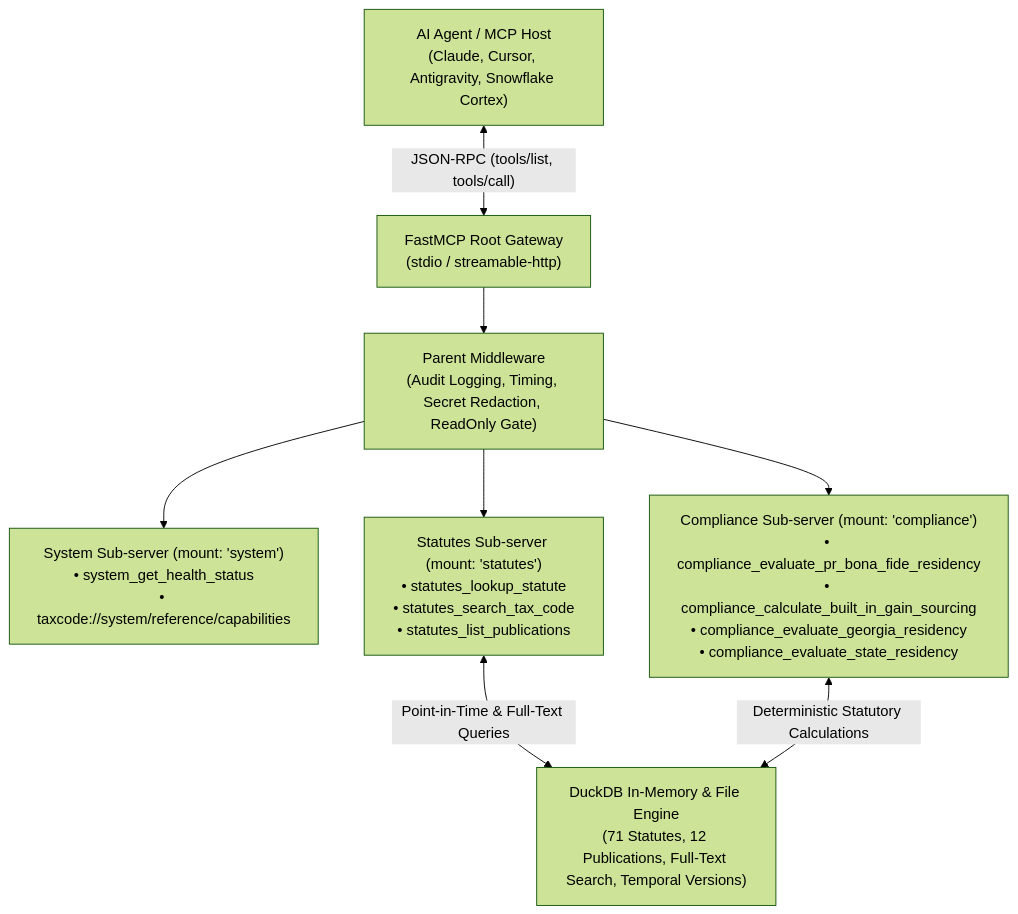
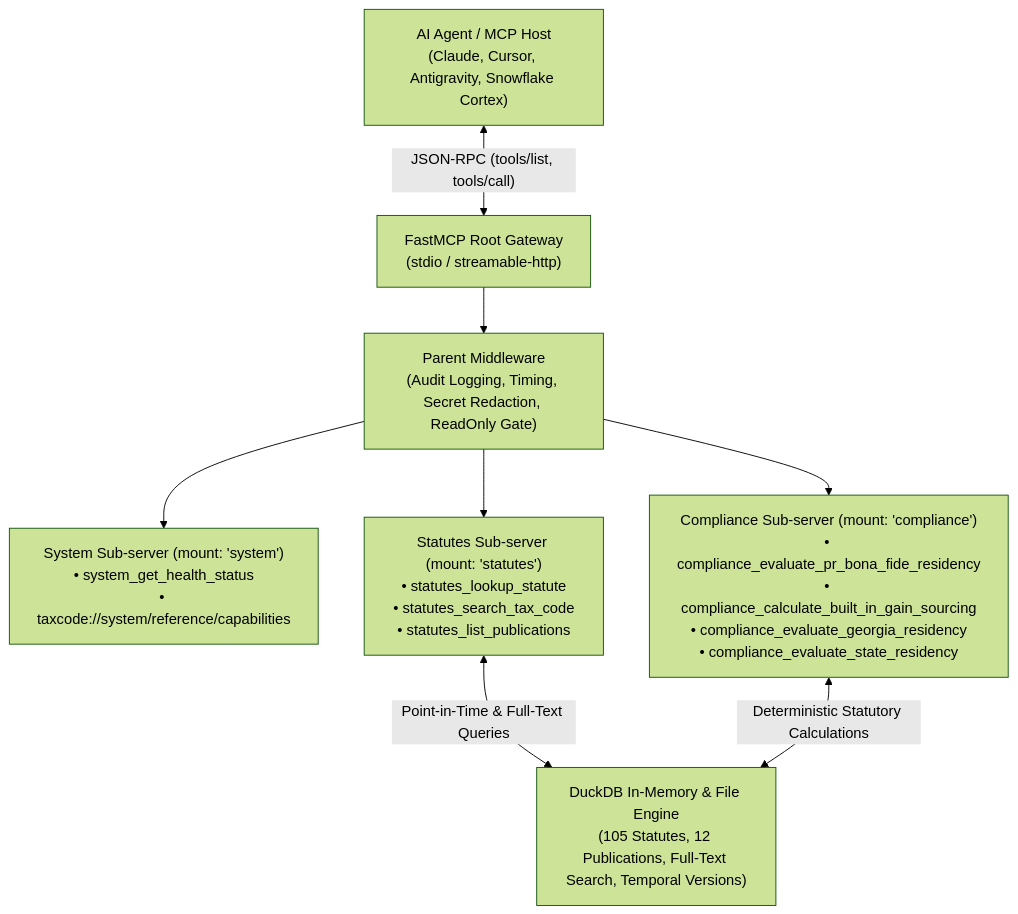
The diagram in README.md (christianclaudio/mcp-server-taxcode), drawn with Mermaid (forest theme) before and after one commit. The commit also changed other lines of this file and 43 other files, not shown here.

````diff
--- a/README.md
+++ b/README.md
@@ -22,18 +22,18 @@
 ```mermaid
 graph TD
     Client["AI Agent / MCP Host<br>(Claude, Cursor, Antigravity, Snowflake Cortex)"]
     Gateway["FastMCP Root Gateway<br>(stdio / streamable-http)"]
     ParentMW["Parent Middleware<br>(Audit Logging, Timing, Secret Redaction, ReadOnly Gate)"]
     SysSub["System Sub-server (mount: 'system')<br>• system_get_health_status<br>• taxcode://system/reference/capabilities"]
     StatSub["Statutes Sub-server (mount: 'statutes')<br>• statutes_lookup_statute<br>• statutes_search_tax_code<br>• statutes_list_publications"]
     CompSub["Compliance Sub-server (mount: 'compliance')<br>• compliance_evaluate_pr_bona_fide_residency<br>• compliance_calculate_built_in_gain_sourcing<br>• compliance_evaluate_georgia_residency<br>• compliance_evaluate_state_residency"]
-    DuckDB["DuckDB In-Memory & File Engine<br>(71 Statutes, 12 Publications, Full-Text Search, Temporal Versions)"]
+    DuckDB["DuckDB In-Memory & File Engine<br>(105 Statutes, 12 Publications, Full-Text Search, Temporal Versions)"]
 
     Client <-->|"JSON-RPC (tools/list, tools/call)"| Gateway
     Gateway --> ParentMW
     ParentMW --> SysSub
     ParentMW --> StatSub
     ParentMW --> CompSub
     StatSub <-->|"Point-in-Time & Full-Text Queries"| DuckDB
     CompSub <-->|"Deterministic Statutory Calculations"| DuckDB
 ```
````
